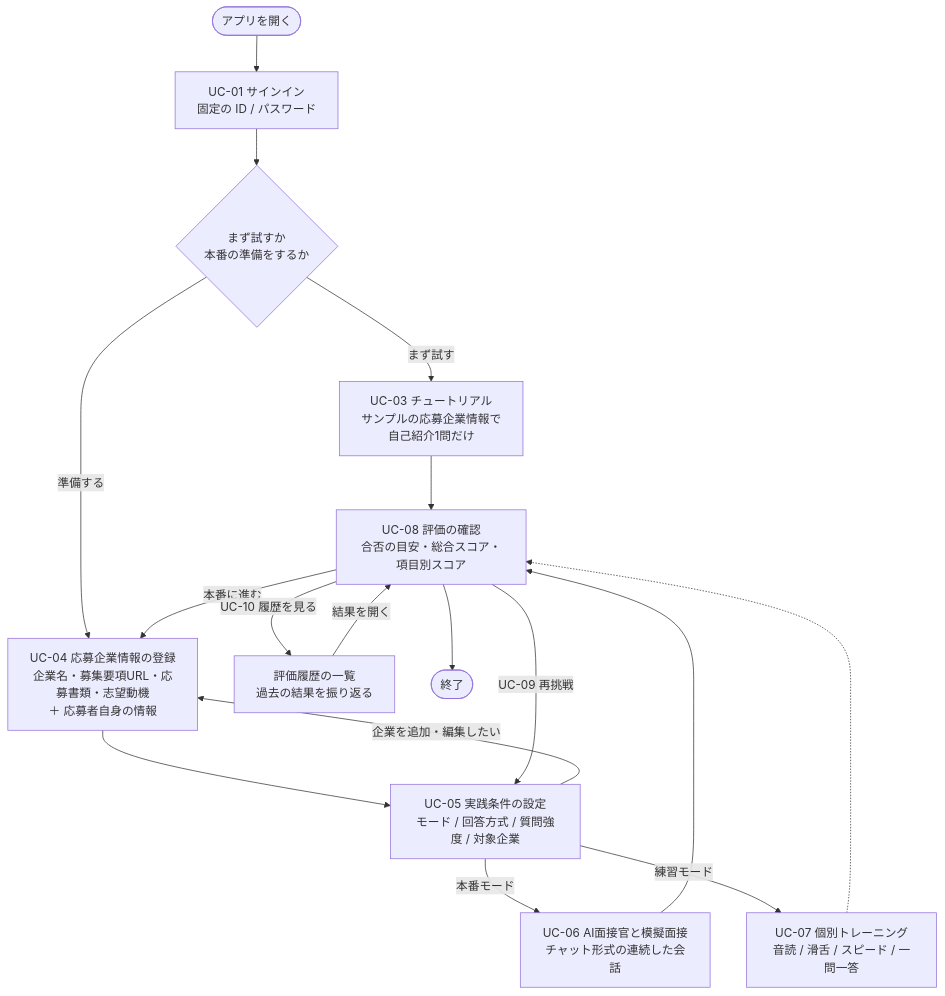
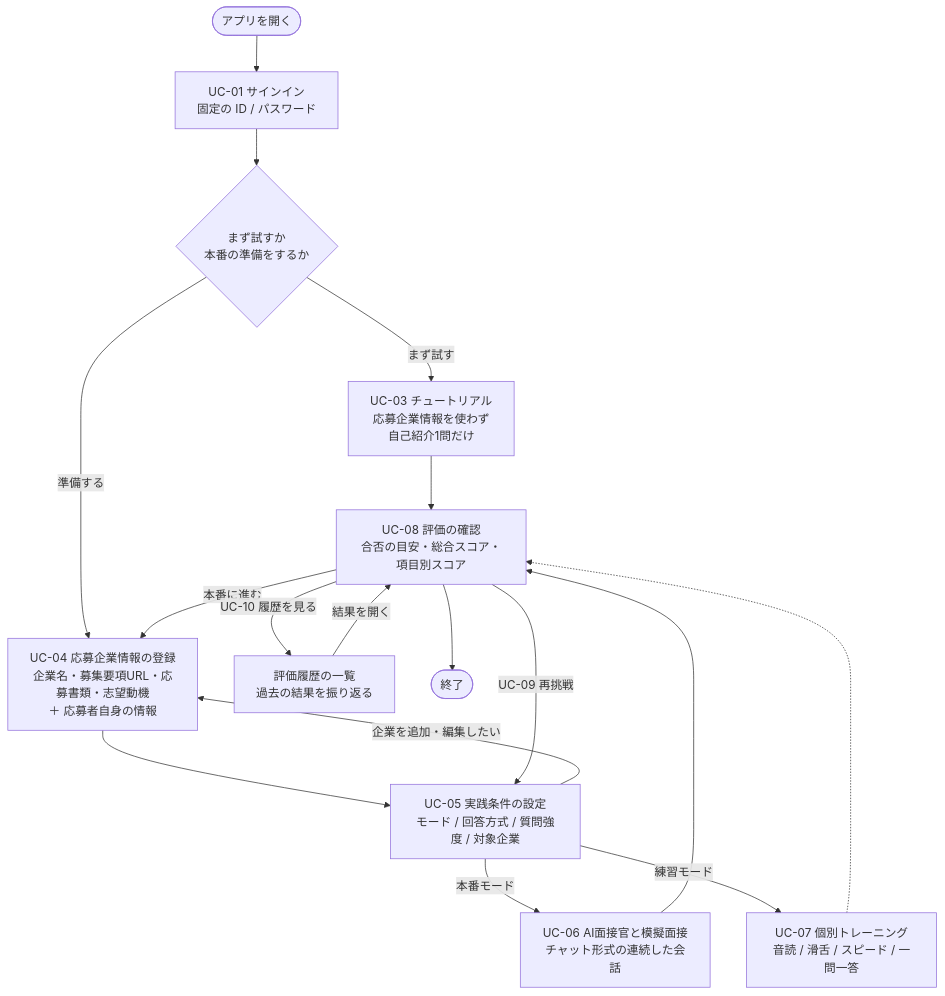
One commit to study-basic-hackathon/hanasu changed the diagram in documents/ユースケース・ユーザーフロー.md. Above: the diagram before and after it, drawn with Mermaid. The commit also changed other lines of this file and 2 other files, not shown here.

````diff
--- a/documents/ユースケース・ユーザーフロー.md
+++ b/documents/ユースケース・ユーザーフロー.md
@@ -163,25 +163,25 @@
 ```mermaid
 flowchart TD
     open(["アプリを開く"]) --> signin["UC-01 サインイン<br/>固定の ID / パスワード"]
     signin --> choice{"まず試すか<br/>本番の準備をするか"}
 
-    choice -->|まず試す| tutorial["UC-03 チュートリアル<br/>サンプルの応募企業情報で<br/>自己紹介1問だけ"]
+    choice -->|まず試す| tutorial["UC-03 チュートリアル<br/>応募企業情報を使わず<br/>自己紹介1問だけ"]
     choice -->|準備する| company["UC-04 応募企業情報の登録<br/>企業名・募集要項URL・応募書類・志望動機<br/>＋ 応募者自身の情報"]
 
     tutorial --> result
     company --> setup["UC-05 実践条件の設定<br/>モード / 回答方式 / 質問強度 / 対象企業"]
 
     setup -->|企業を追加・編集したい| company
 
     setup -->|本番モード| honban["UC-06 AI面接官と模擬面接<br/>チャット形式の連続した会話"]
     setup -->|練習モード| renshu["UC-07 個別トレーニング<br/>音読 / 滑舌 / スピード / 一問一答"]
 
     honban --> result["UC-08 評価の確認<br/>合否の目安・総合スコア・項目別スコア"]
     renshu -.-> result
 
     result -->|本番に進む| company
     result -->|UC-09 再挑戦| setup
     result -->|UC-10 履歴を見る| history["評価履歴の一覧<br/>過去の結果を振り返る"]
     history -->|結果を開く| result
     result --> finish(["終了"])
 ```
````
